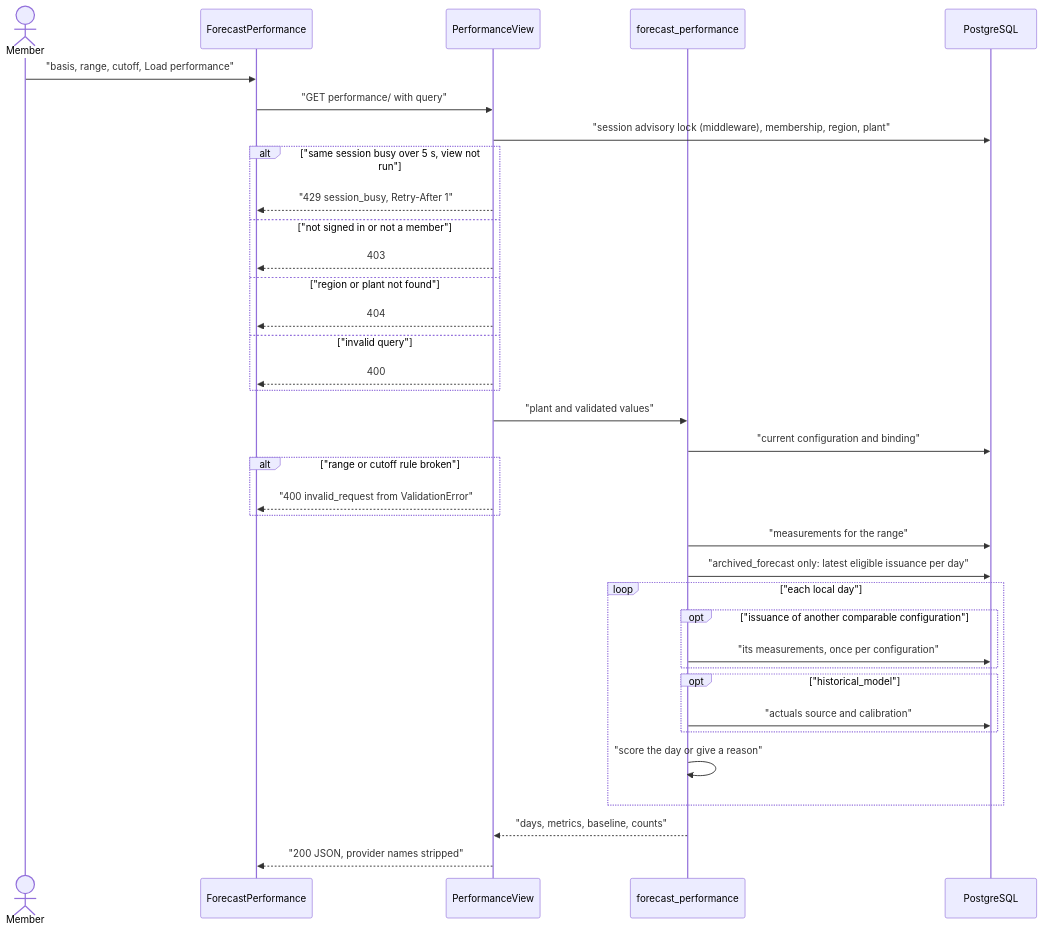
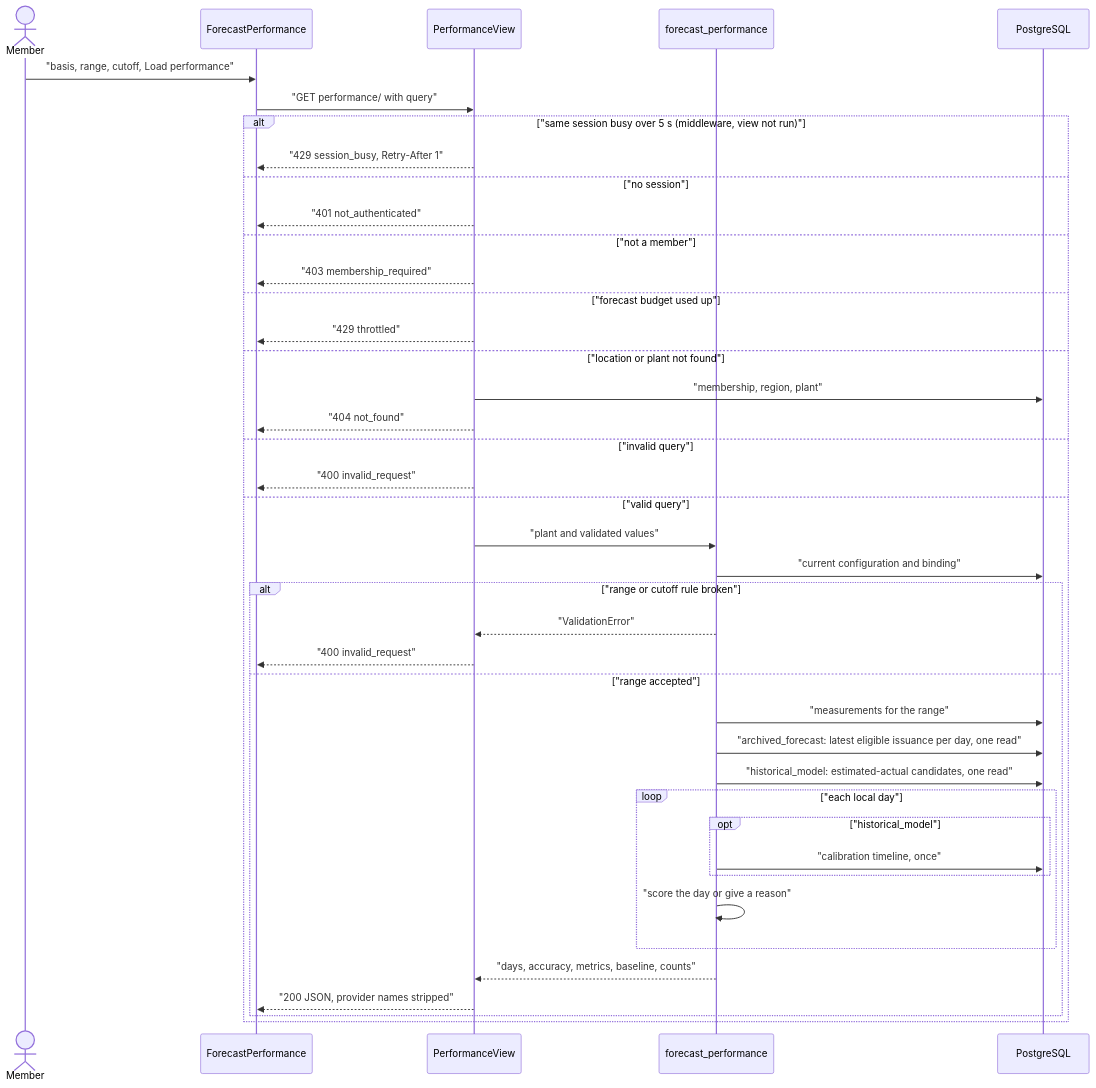
One commit to erkurtharun/pyracast changed the diagram in docs/flows/forecast-performance.md. Above: the diagram before and after it, drawn with Mermaid. The commit also changed other lines of this file and 85 other files, not shown here.

First line of the commit message:
Bring the flow pages in line with the code (#107)

````diff
--- a/docs/flows/forecast-performance.md
+++ b/docs/flows/forecast-performance.md
@@ -12,38 +12,43 @@
 ```mermaid
 sequenceDiagram
     actor U as Member
     participant F as ForecastPerformance
     participant V as PerformanceView
     participant O as forecast_performance
     participant DB as PostgreSQL
     U->>F: "basis, range, cutoff, Load performance"
     F->>V: "GET performance/ with query"
-    V->>DB: "session advisory lock (middleware), membership, region, plant"
-    alt "same session busy over 5 s, view not run"
+    alt "same session busy over 5 s (middleware, view not run)"
         V-->>F: "429 session_busy, Retry-After 1"
-    else "not signed in or not a member"
-        V-->>F: 403
-    else "region or plant not found"
-        V-->>F: 404
+    else "no session"
+        V-->>F: "401 not_authenticated"
+    else "not a member"
+        V-->>F: "403 membership_required"
+    else "forecast budget used up"
+        V-->>F: "429 throttled"
+    else "location or plant not found"
+        V->>DB: "membership, region, plant"
+        V-->>F: "404 not_found"
     else "invalid query"
-        V-->>F: 400
+        V-->>F: "400 invalid_request"
+    else "valid query"
+        V->>O: "plant and validated values"
+        O->>DB: "current configuration and binding"
+        alt "range or cutoff rule broken"
+            O-->>V: "ValidationError"
+            V-->>F: "400 invalid_request"
+        else "range accepted"
+            O->>DB: "measurements for the range"
+            O->>DB: "archived_forecast: latest eligible issuance per day, one read"
+            O->>DB: "historical_model: estimated-actual candidates, one read"
+            loop "each local day"
+                opt "historical_model"
+                    O->>DB: "calibration timeline, once"
+                end
+                O->>O: "score the day or give a reason"
+            end
+            O-->>V: "days, accuracy, metrics, baseline, counts"
+            V-->>F: "200 JSON, provider names stripped"
+        end
     end
-    V->>O: "plant and validated values"
-    O->>DB: "current configuration and binding"
-    alt "range or cutoff rule broken"
-        V-->>F: "400 invalid_request from ValidationError"
-    end
-    O->>DB: "measurements for the range"
-    O->>DB: "archived_forecast only: latest eligible issuance per day"
-    loop "each local day"
-        opt "issuance of another comparable configuration"
-            O->>DB: "its measurements, once per configuration"
-        end
-        opt "historical_model"
-            O->>DB: "actuals source and calibration"
-        end
-        O->>O: "score the day or give a reason"
-    end
-    O-->>V: "days, metrics, baseline, counts"
-    V-->>F: "200 JSON, provider names stripped"
 ```
````
